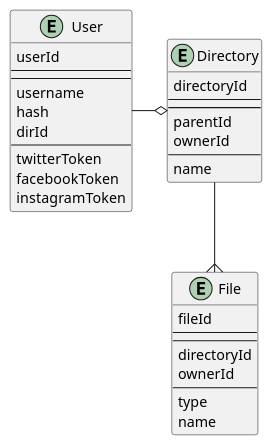
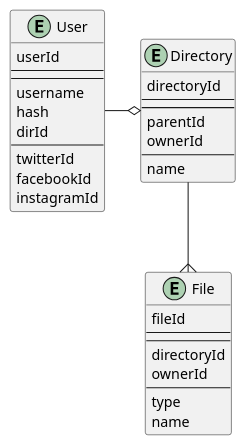
The diagram in Server/DB.puml (syuchan1005/CamelCloud), drawn with PlantUML before and after one commit. The commit also changed 14 other files, not shown here.

```diff
--- a/Server/DB.puml
+++ b/Server/DB.puml
@@ -1,39 +1,39 @@
 @startuml
 
 entity User {
 userId
 ----
 ----
 username
 hash
 dirId
 ----
-twitterToken
-facebookToken
-instagramToken
+twitterId
+facebookId
+instagramId
 }
 
 entity File {
 fileId
 ----
 ----
 directoryId
 ownerId
 ----
 type
 name
 }
 
 entity Directory {
 directoryId
 ----
 ----
 parentId
 ownerId
 ----
 name
 }
 
 User -o Directory
 Directory --{ File
 @enduml
```
